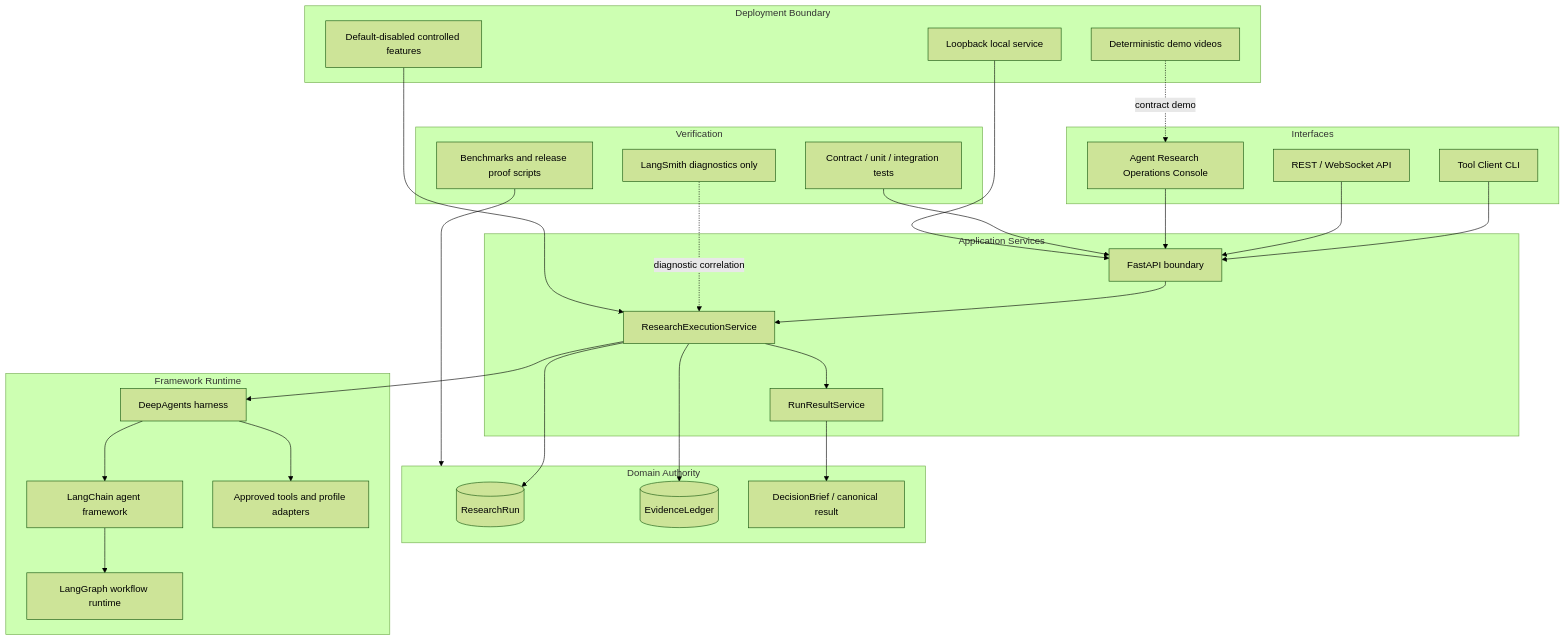
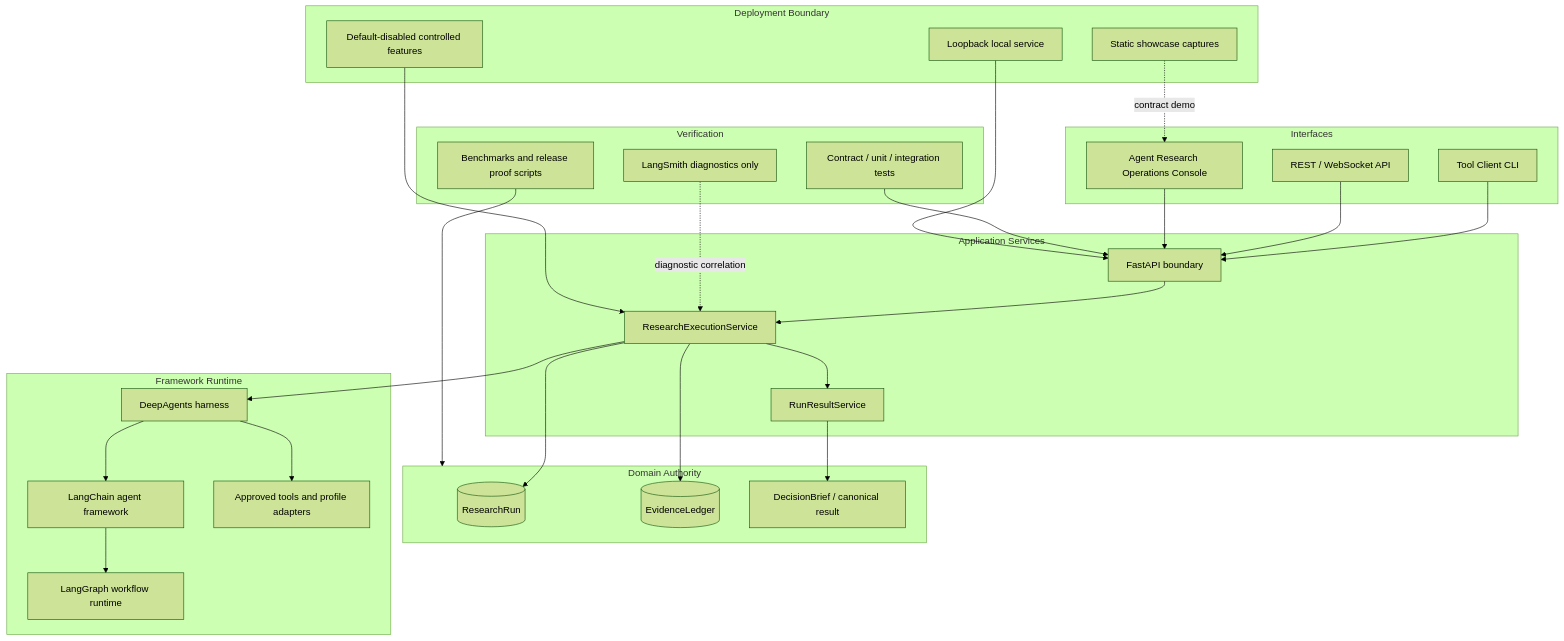
The diagram in README.md (iTao-AI/decision-research-agent), drawn with Mermaid (forest theme) before and after one commit. The commit also changed other lines of this file and 9 other files, not shown here.

````diff
--- a/README.md
+++ b/README.md
@@ -272,58 +273,58 @@
 ```mermaid
 flowchart TB
     subgraph Interfaces["Interfaces"]
         CLI["Tool Client CLI"]
         REST["REST / WebSocket API"]
         Console["Agent Research Operations Console"]
     end
 
     subgraph Services["Application Services"]
         API["FastAPI boundary"]
         Execution["ResearchExecutionService"]
         Result["RunResultService"]
     end
 
     subgraph Domain["Domain Authority"]
         Runs[("ResearchRun")]
         Evidence[("EvidenceLedger")]
         Brief["DecisionBrief / canonical result"]
     end
 
     subgraph Runtime["Framework Runtime"]
         DeepAgents["DeepAgents harness"]
         LangChain["LangChain agent framework"]
         LangGraph["LangGraph workflow runtime"]
         Tools["Approved tools and profile adapters"]
     end
 
     subgraph Verification["Verification"]
         Tests["Contract / unit / integration tests"]
         Gates["Benchmarks and release proof scripts"]
         LangSmith["LangSmith diagnostics only"]
     end
 
     subgraph Deployment["Deployment Boundary"]
         Local["Loopback local service"]
         Flags["Default-disabled controlled features"]
-        PublicDemo["Deterministic demo videos"]
+        PublicDemo["Static showcase captures"]
     end
 
     CLI --> API
     REST --> API
     Console --> API
     API --> Execution
     Execution --> Result
     Execution --> Runs
     Execution --> Evidence
     Result --> Brief
     Execution --> DeepAgents
     DeepAgents --> LangChain
     LangChain --> LangGraph
     DeepAgents --> Tools
     Tests --> API
     Gates --> Domain
     LangSmith -. diagnostic correlation .-> Execution
     Local --> API
     Flags --> Execution
     PublicDemo -. contract demo .-> Console
 ```
````
